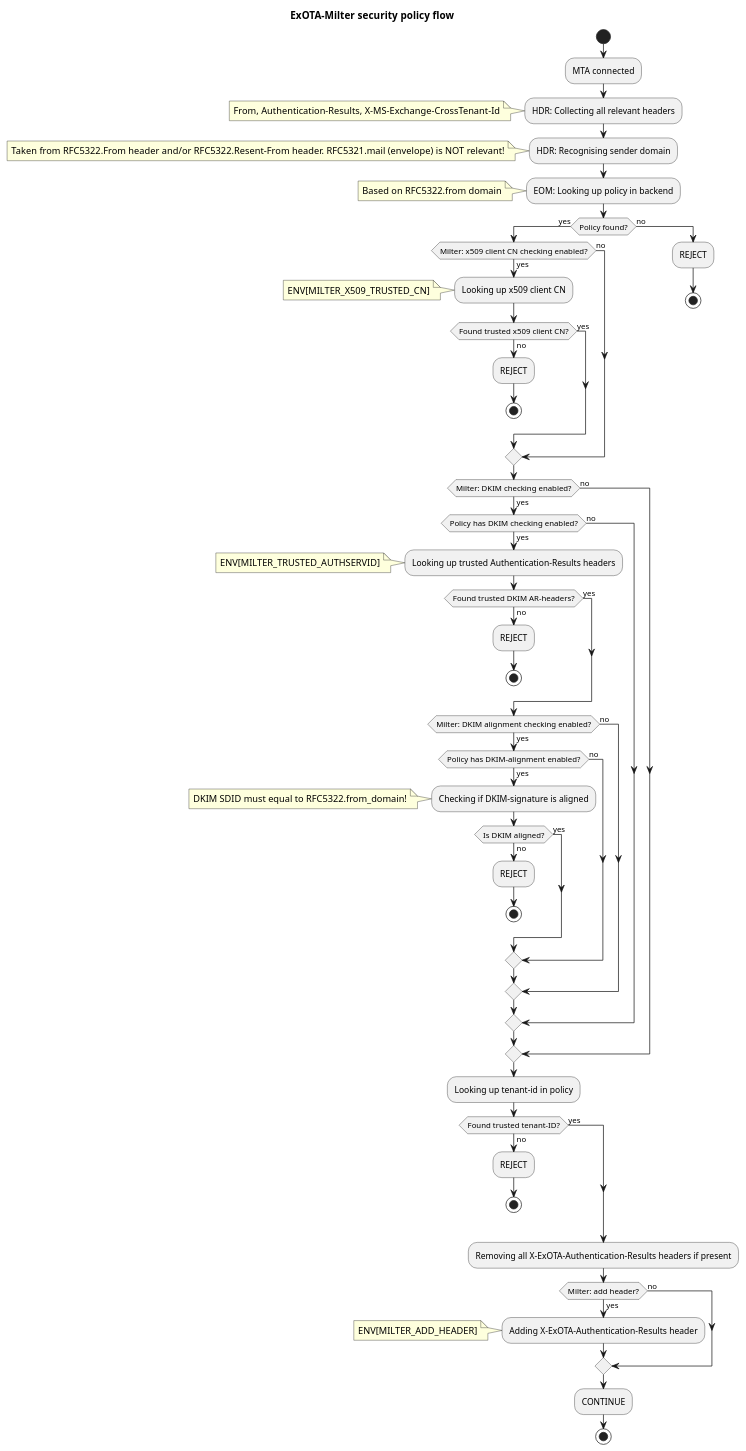
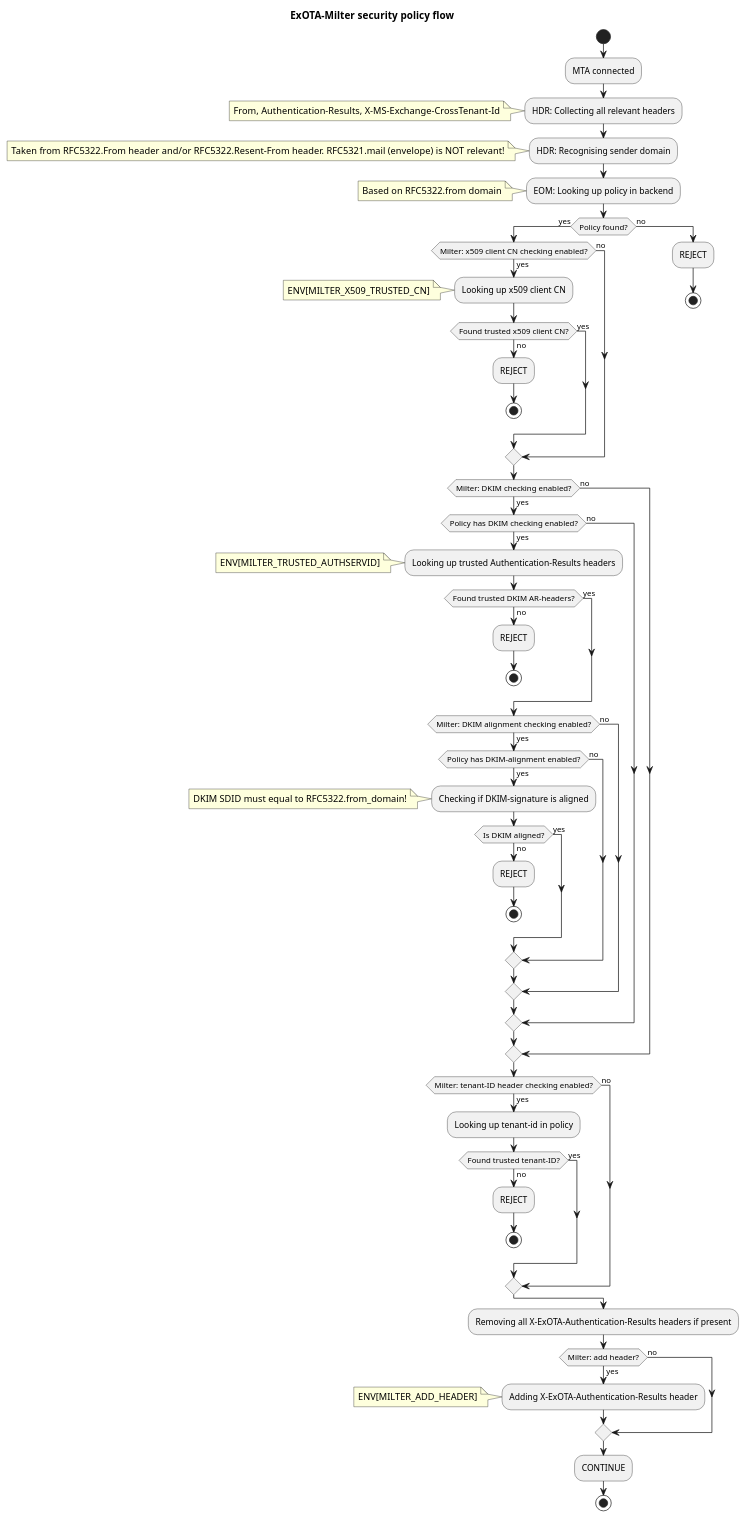
Before and after one commit to chillout2k/ExOTA-Milter: the diagram in activity_policy.puml, drawn with PlantUML. The commit also changed 4 other files, not shown here.

```diff
--- a/activity_policy.puml
+++ b/activity_policy.puml
@@ -1,72 +1,75 @@
 @startuml
 
 title ExOTA-Milter security policy flow 
 start
 :MTA connected; 
 
 :HDR: Collecting all relevant headers;
 note left: From, Authentication-Results, X-MS-Exchange-CrossTenant-Id
 
 :HDR: Recognising sender domain;
 note left: Taken from RFC5322.From header and/or RFC5322.Resent-From header. RFC5321.mail (envelope) is NOT relevant!
 
 :EOM: Looking up policy in backend;
 note left: Based on RFC5322.from domain
 
 if (Policy found?) then (yes)
   if (Milter: x509 client CN checking enabled?) then (yes)
     :Looking up x509 client CN;
     note left: ENV[MILTER_X509_TRUSTED_CN]
     if (Found trusted x509 client CN?) then (yes)
     else (no)
       :REJECT;
       stop
     endif
   else (no)
   endif
   if (Milter: DKIM checking enabled?) then (yes)
     if (Policy has DKIM checking enabled?) then (yes)
       :Looking up trusted Authentication-Results headers;
       note left: ENV[MILTER_TRUSTED_AUTHSERVID]
       if (Found trusted DKIM AR-headers?) then (yes)
       else (no)
         :REJECT;
         stop
       endif
       if (Milter: DKIM alignment checking enabled?) then (yes)
         if (Policy has DKIM-alignment enabled?) then (yes)
           :Checking if DKIM-signature is aligned;
           note left: DKIM SDID must equal to RFC5322.from_domain!
           if (Is DKIM aligned?) then (yes)
           else (no)
             :REJECT;
             stop
           endif
         else (no)
         endif
       else (no)
       endif
     else (no)
     endif
   else (no)
   endif
-  :Looking up tenant-id in policy;
-  if (Found trusted tenant-ID?) then (no)
-    :REJECT;
-    stop
-  else (yes)
+  if (Milter: tenant-ID header checking enabled?) then (yes)
+    :Looking up tenant-id in policy;
+    if (Found trusted tenant-ID?) then (no)
+      :REJECT;
+      stop
+    else (yes)
+    endif
+  else (no)
   endif
 else (no)
   :REJECT;
   stop
 endif
 :Removing all X-ExOTA-Authentication-Results headers if present;
 if (Milter: add header?) then (yes)
   :Adding X-ExOTA-Authentication-Results header;
   note left: ENV[MILTER_ADD_HEADER]
 else (no)
 endif
 :CONTINUE;
 stop
 
 @enduml
```
